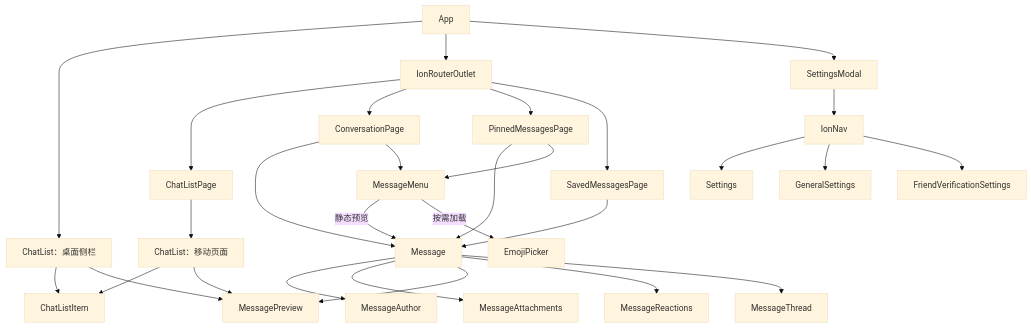
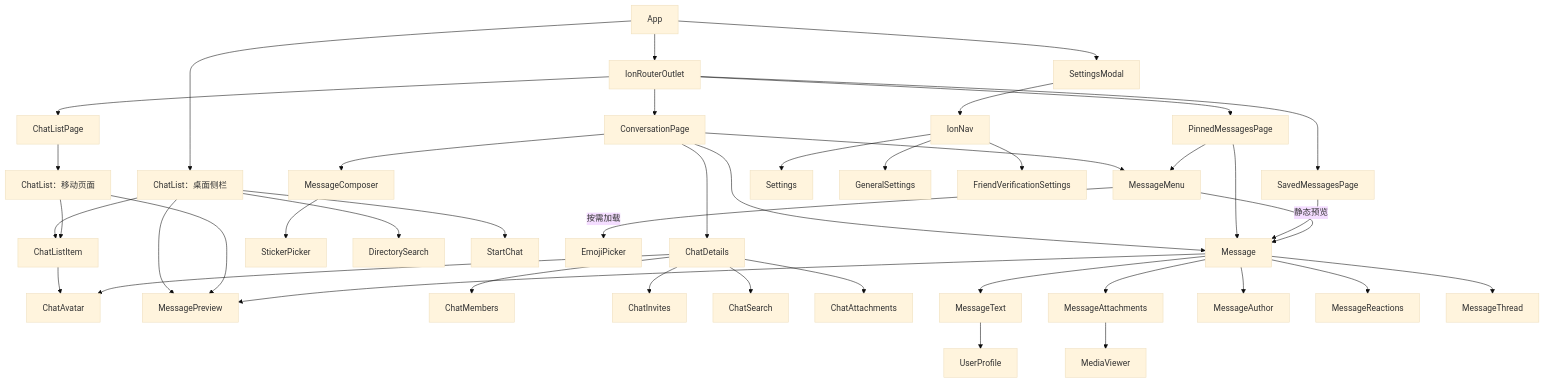
One commit to chahua-im/chahua changed the diagram in pwa/docs/components.md. Above: the diagram before and after it, drawn with Mermaid (base theme). The commit also changed other lines of this file and 93 other files, not shown here.

````diff
--- a/pwa/docs/components.md
+++ b/pwa/docs/components.md
@@ -7,31 +7,45 @@
 ```mermaid
 flowchart TD
   APP[App] --> LIST[ChatList：桌面侧栏]
   APP --> OUTLET[IonRouterOutlet]
   OUTLET --> LISTPAGE[ChatListPage]
   LISTPAGE --> MOBILE[ChatList：移动页面]
   OUTLET --> CONV[ConversationPage]
   OUTLET --> PINS[PinnedMessagesPage]
   OUTLET --> SAVED[SavedMessagesPage]
   LIST --> ITEM[ChatListItem]
+  ITEM --> AVATAR[ChatAvatar]
+  DETAILS --> AVATAR
   MOBILE --> ITEM
   LIST --> PREVIEW[MessagePreview]
   MOBILE --> PREVIEW
   CONV --> MSG[Message]
   PINS --> MSG
   SAVED --> MSG
   CONV --> MENU[MessageMenu]
+  CONV --> COMPOSE[MessageComposer]
+  COMPOSE --> STICKERS[StickerPicker]
+  CONV --> DETAILS[ChatDetails]
+  DETAILS --> MEMBERS[ChatMembers]
+  DETAILS --> INVITES[ChatInvites]
+  DETAILS --> SEARCH[ChatSearch]
+  DETAILS --> FILES[ChatAttachments]
+  LIST --> DIRECTORY[DirectorySearch]
+  LIST --> START[StartChat]
+  MSG --> TEXT[MessageText]
+  TEXT --> PROFILE[UserProfile]
+  ATTACH --> VIEWER[MediaViewer]
   PINS --> MENU
   MENU -->|静态预览| MSG
   MENU -->|按需加载| EMOJI[EmojiPicker]
   MSG --> AUTHOR[MessageAuthor]
   MSG --> ATTACH[MessageAttachments]
   MSG --> PREVIEW
   MSG --> REACT[MessageReactions]
   MSG --> THREAD[MessageThread]
   APP --> SETTINGS_MODAL[SettingsModal]
   SETTINGS_MODAL --> NAV[IonNav]
   NAV --> SETTINGS[Settings]
   NAV --> GENERAL[GeneralSettings]
   NAV --> VERIFY[FriendVerificationSettings]
 ```
````
